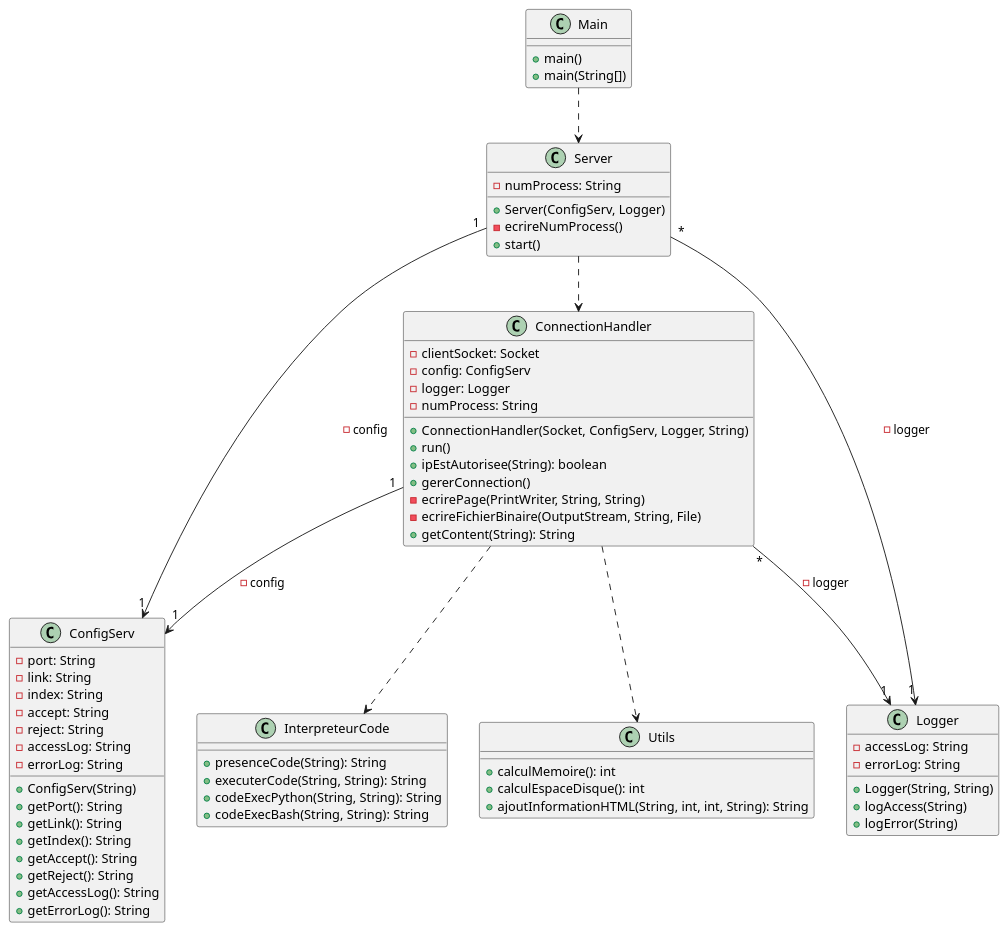
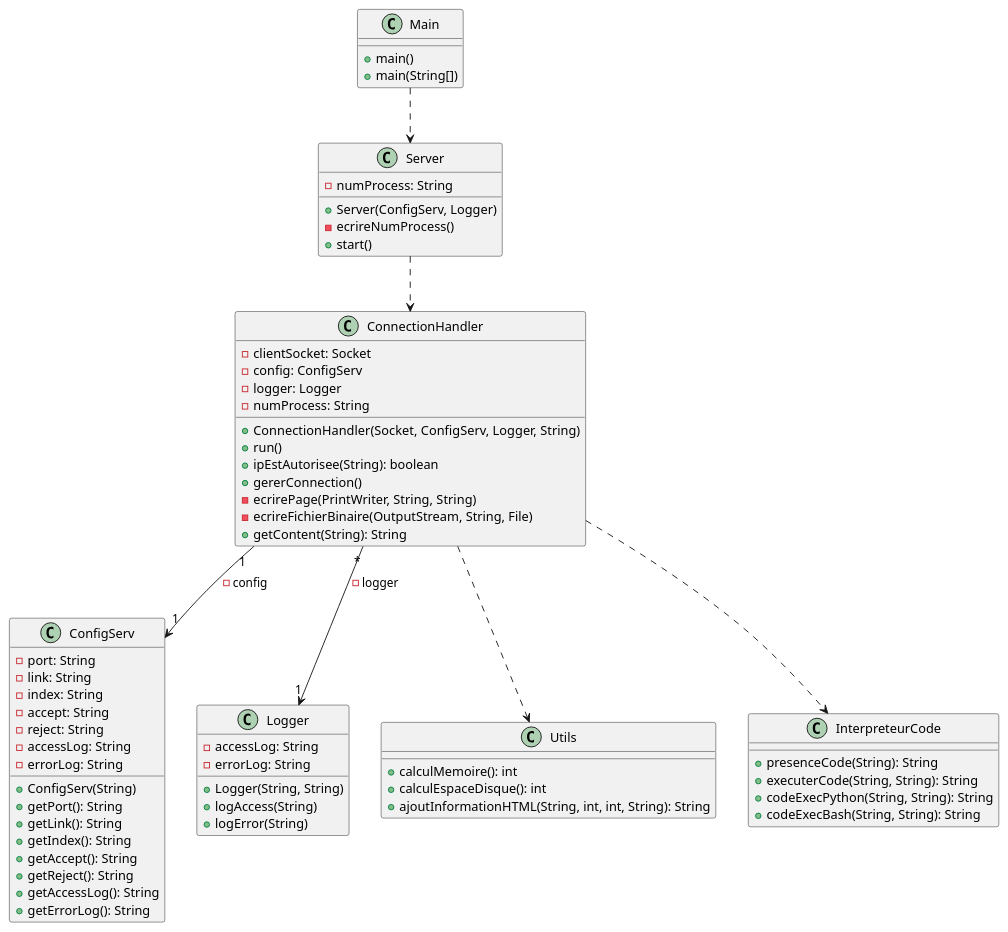
One commit to olivierdhx/2024_SAE2.03_Drouvot_Duhoux changed the diagram in diagclass_global.puml. Above: the diagram before and after it, drawn with PlantUML. The commit also changed 2 other files, not shown here.

Commit message:
supp attributs Server: config et logger, sont maintenant passés en param de start(config, logger)

```diff
--- a/diagclass_global.puml
+++ b/diagclass_global.puml
@@ -1,80 +1,78 @@
 @startuml
 
 class Main{
 + main()
 + main(String[])
 }
 
 Main ..> Server
 
 class ConfigServ{
 - port: String
 - link: String
 - index: String
 - accept: String
 - reject: String
 - accessLog: String
 - errorLog: String
 + ConfigServ(String)
 + getPort(): String
 + getLink(): String
 + getIndex(): String
 + getAccept(): String
 + getReject(): String
 + getAccessLog(): String
 + getErrorLog(): String
 }
 
 class Logger{
 - accessLog: String
 - errorLog: String
 + Logger(String, String)
 + logAccess(String)
 + logError(String)
 }
 
 class Server{
 - numProcess: String
 + Server(ConfigServ, Logger)
 - ecrireNumProcess()
 + start()
 }
 
 Server ..> ConnectionHandler
-Server "1" --> "1" ConfigServ : - config
-Server "*" --> "1" Logger : - logger
 
 class ConnectionHandler{
 - clientSocket: Socket
 - config: ConfigServ
 - logger: Logger
 - numProcess: String
 + ConnectionHandler(Socket, ConfigServ, Logger, String)
 + run()
 + ipEstAutorisee(String): boolean
 + gererConnection()
 - ecrirePage(PrintWriter, String, String)
 - ecrireFichierBinaire(OutputStream, String, File)
 + getContent(String): String
 }
 
 ConnectionHandler "1" --> "1" ConfigServ : - config
 ConnectionHandler "*" --> "1" Logger : - logger
 
 ConnectionHandler ..> Utils
 ConnectionHandler ..> InterpreteurCode
 
 class Utils{
 + calculMemoire(): int
 + calculEspaceDisque(): int
 + ajoutInformationHTML(String, int, int, String): String
 }
 
 class InterpreteurCode{
 + presenceCode(String): String
 + executerCode(String, String): String
 + codeExecPython(String, String): String
 + codeExecBash(String, String): String
 }
 
 @enduml
```
